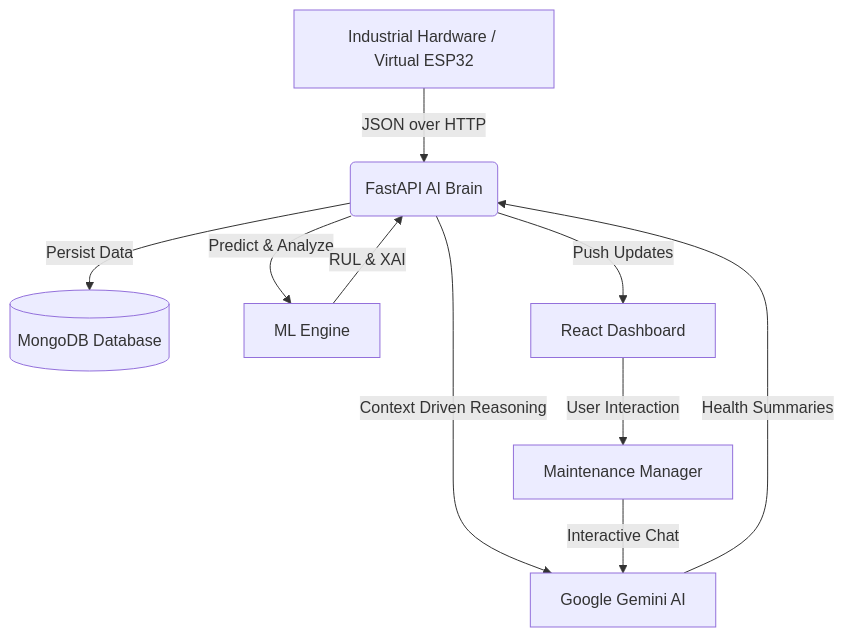
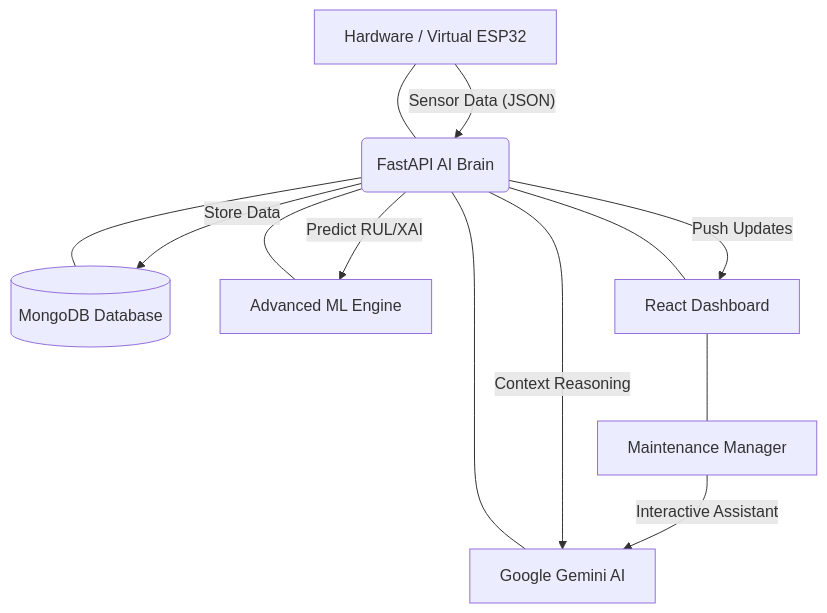
The diagram in README.md (Mithun017/Vital-Sense---Intelligent-Predictive-Maintenance-and-Machine-Health-Monitoring-System), drawn with Mermaid before and after one commit.

Commit message:
Fix: Mermaid diagram syntax quoting for GitHub compatibility

````diff
--- a/README.md
+++ b/README.md
@@ -13,12 +13,16 @@
 ```mermaid
 graph TD
-    A[Industrial Hardware / Virtual ESP32] -->|JSON over HTTP| B(FastAPI AI Brain)
-    B -->|Persist Data| C[(MongoDB Database)]
-    B -->|Predict & Analyze| D[ML Engine]
-    D -->|RUL & XAI| B
-    B -->|Context Driven Reasoning| E[Google Gemini AI]
-    E -->|Health Summaries| B
-    B -->|Push Updates| F[React Dashboard]
-    F -->|User Interaction| G[Maintenance Manager]
-    G -->|Interactive Chat| E
+    A["Hardware / Virtual ESP32"] --- B("FastAPI AI Brain")
+    B --- C[("MongoDB Database")]
+    B --- D["Advanced ML Engine"]
+    B --- E["Google Gemini AI"]
+    B --- F["React Dashboard"]
+    F --- G["Maintenance Manager"]
+    
+    A -->|"Sensor Data (JSON)"| B
+    B -->|"Store Data"| C
+    B -->|"Predict RUL/XAI"| D
+    B -->|"Context Reasoning"| E
+    B -->|"Push Updates"| F
+    G -->|"Interactive Assistant"| E
 ```
````
